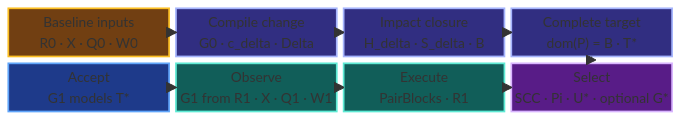
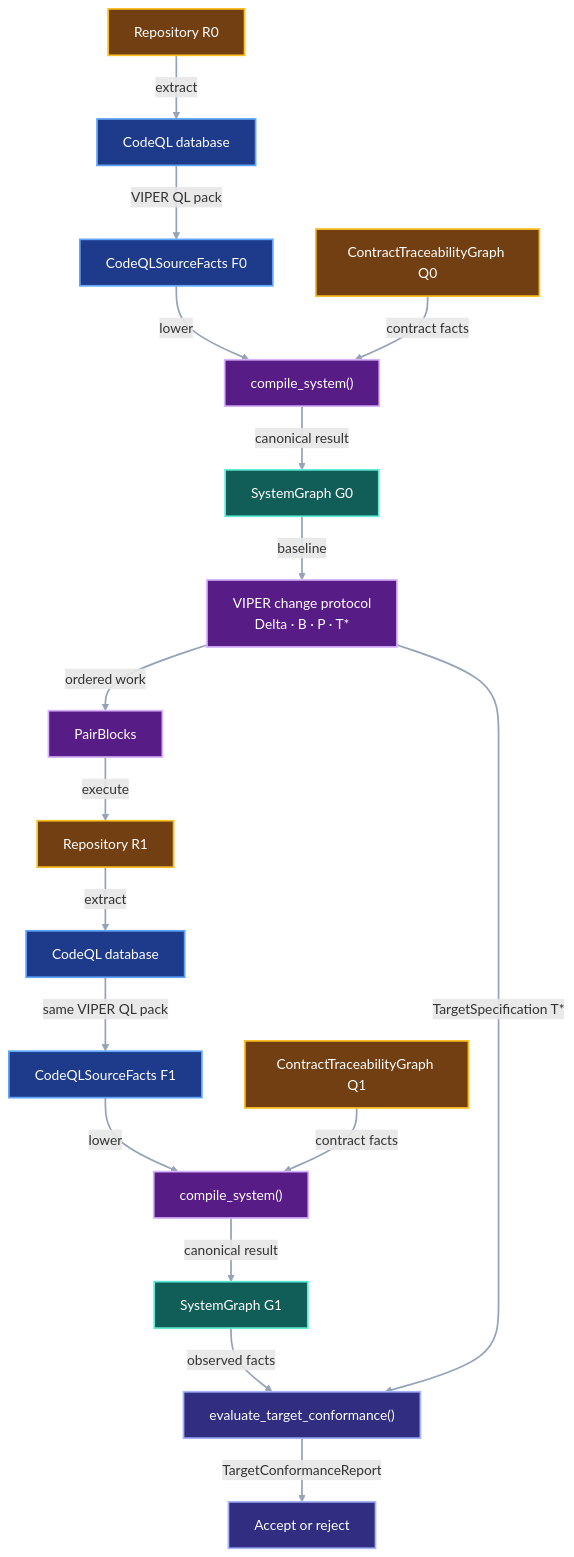
The first of 4 diagrams in docs/development/system-impact-compiler.md (pvd232/viper), drawn with Mermaid before and after one commit. The commit also changed other lines of this file and 4 other files, not shown here.

Commit message:
Specify CodeQL-backed system impact compiler

````diff
--- a/docs/development/system-impact-compiler.md
+++ b/docs/development/system-impact-compiler.md
@@ -14,31 +16,34 @@
 ```mermaid
-block-beta
-    columns 4
-    Inputs["Baseline inputs<br/>R0 · X · Q0 · W0"]
-    Compile["Compile change<br/>G0 · c_delta · Delta"]
-    Impact["Impact closure<br/>H_delta · S_delta · B"]
-    Target["Complete target<br/>dom(P) = B · T*"]
-    Accept["Accept<br/>G1 models T*"]
-    Observe["Observe<br/>G1 from R1 · X · Q1 · W1"]
-    Work["Execute<br/>PairBlocks · R1"]
-    Select["Select<br/>SCC · Pi · U* · optional G*"]
+flowchart TB
+    R0["Repository R0"] -->|"extract"| DB0["CodeQL database"]
+    DB0 -->|"VIPER QL pack"| F0["CodeQLSourceFacts F0"]
+    F0 -->|"lower"| C0["compile_system()"]
+    Q0["ContractTraceabilityGraph Q0"] -->|"contract facts"| C0
+    C0 -->|"canonical result"| G0["SystemGraph G0"]
 
-    Inputs --> Compile
-    Compile --> Impact
-    Impact --> Target
-    Target --> Select
-    Select --> Work
-    Work --> Observe
-    Observe --> Accept
+    G0 -->|"baseline"| Protocol["VIPER change protocol<br/>Delta · B · P · T*"]
+    Protocol -->|"ordered work"| Blocks["PairBlocks"]
+    Blocks -->|"execute"| R1["Repository R1"]
 
-    class Inputs input
-    class Compile,Impact,Target compiler
-    class Select decision
-    class Work,Observe evidence
-    class Accept verification
+    R1 -->|"extract"| DB1["CodeQL database"]
+    DB1 -->|"same VIPER QL pack"| F1["CodeQLSourceFacts F1"]
+    F1 -->|"lower"| C1["compile_system()"]
+    Q1["ContractTraceabilityGraph Q1"] -->|"contract facts"| C1
+    C1 -->|"canonical result"| G1["SystemGraph G1"]
+
+    G1 -->|"observed facts"| Check["evaluate_target_conformance()"]
+    Protocol -->|"TargetSpecification T*"| Check
+    Check -->|"TargetConformanceReport"| Accept["Accept or reject"]
+
+    class R0,Q0,R1,Q1 input
+    class DB0,DB1,F0,F1 analysis
+    class C0,C1,Protocol,Blocks compiler
+    class G0,G1 evidence
+    class Check,Accept verification
     classDef input fill:#713f12,stroke:#fbbf24,color:#ffffff,stroke-width:2px
-    classDef compiler fill:#312e81,stroke:#a5b4fc,color:#ffffff,stroke-width:2px
-    classDef decision fill:#581c87,stroke:#d8b4fe,color:#ffffff,stroke-width:2px
+    classDef analysis fill:#1e3a8a,stroke:#60a5fa,color:#ffffff,stroke-width:2px
+    classDef compiler fill:#581c87,stroke:#d8b4fe,color:#ffffff,stroke-width:2px
     classDef evidence fill:#115e59,stroke:#5eead4,color:#ffffff,stroke-width:2px
-    classDef verification fill:#1e3a8a,stroke:#60a5fa,color:#ffffff,stroke-width:2px
+    classDef verification fill:#312e81,stroke:#a5b4fc,color:#ffffff,stroke-width:2px
+    linkStyle default stroke:#94a3b8,stroke-width:2px
 ```
````
